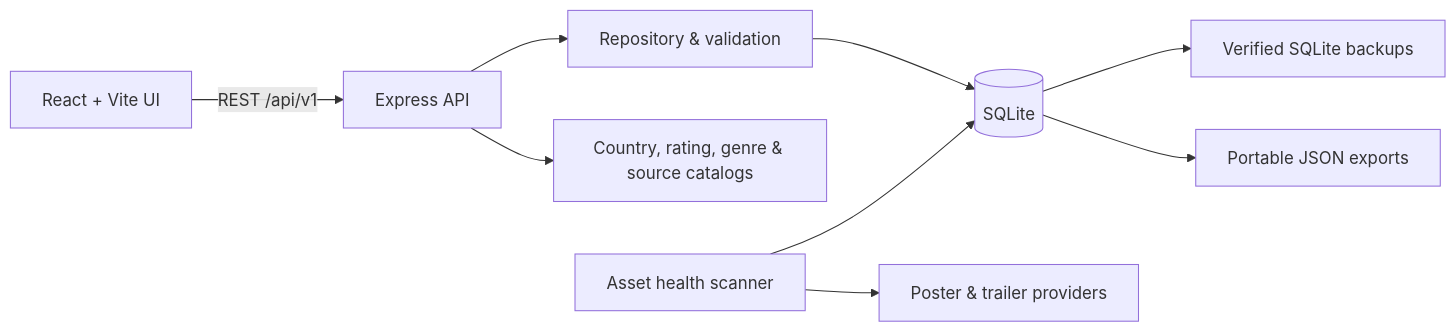
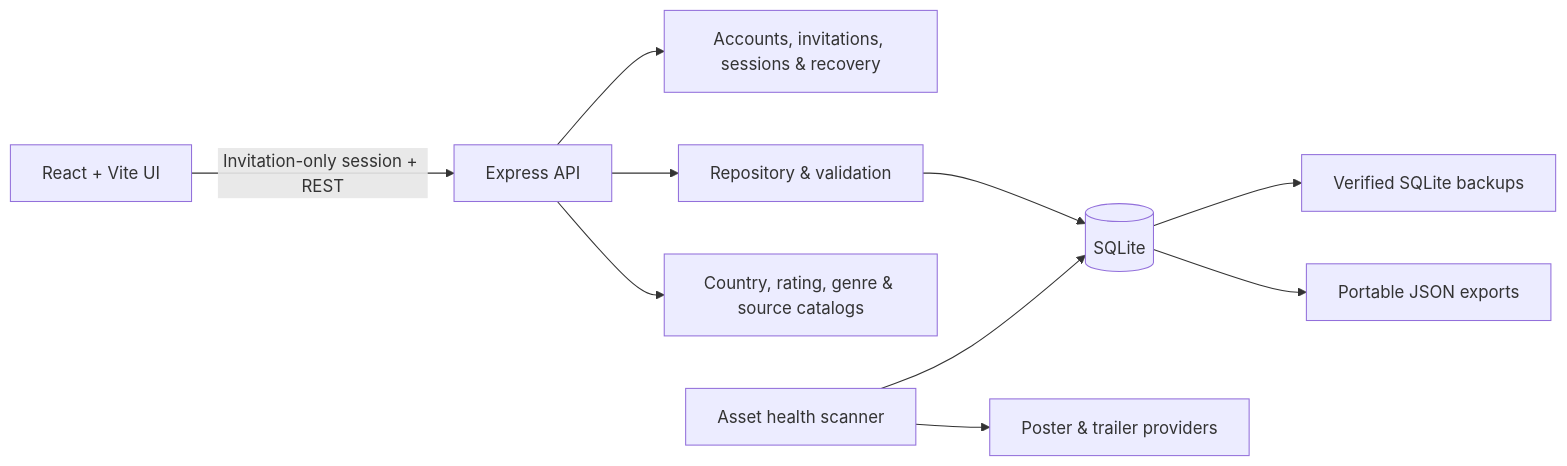
Before and after one commit to Sujit-Halder/CineVault: the diagram in README.md, drawn with Mermaid. The commit also changed other lines of this file and 21 other files, not shown here.

Commit message:
Add relational metadata and invitation-only accounts

````diff
--- a/README.md
+++ b/README.md
@@ -135,11 +135,12 @@
 ```mermaid
 flowchart LR
-    UI[React + Vite UI] -->|REST /api/v1| API[Express API]
+    UI[React + Vite UI] -->|Invitation-only session + REST| API[Express API]
+    API --> AUTH[Accounts, invitations, sessions & recovery]
     API --> REPO[Repository & validation]
     REPO --> DB[(SQLite)]
     API --> CAT[Country, rating, genre & source catalogs]
     HEALTH[Asset health scanner] --> DB
     HEALTH --> WEB[Poster & trailer providers]
     DB --> BACKUP[Verified SQLite backups]
     DB --> EXPORT[Portable JSON exports]
 ```
````
